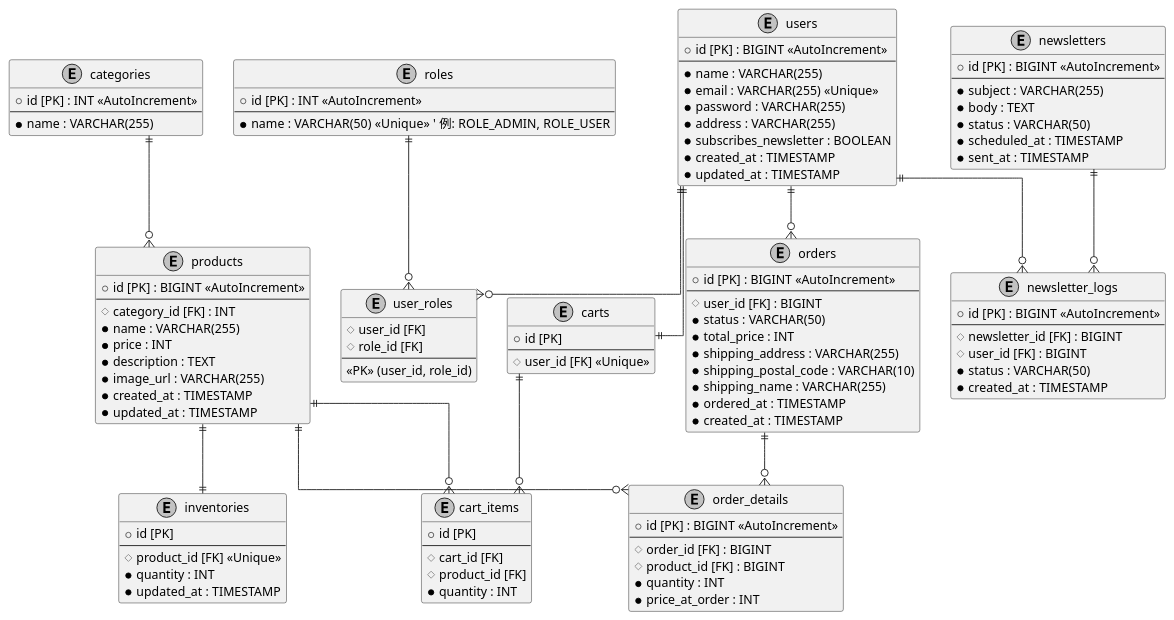
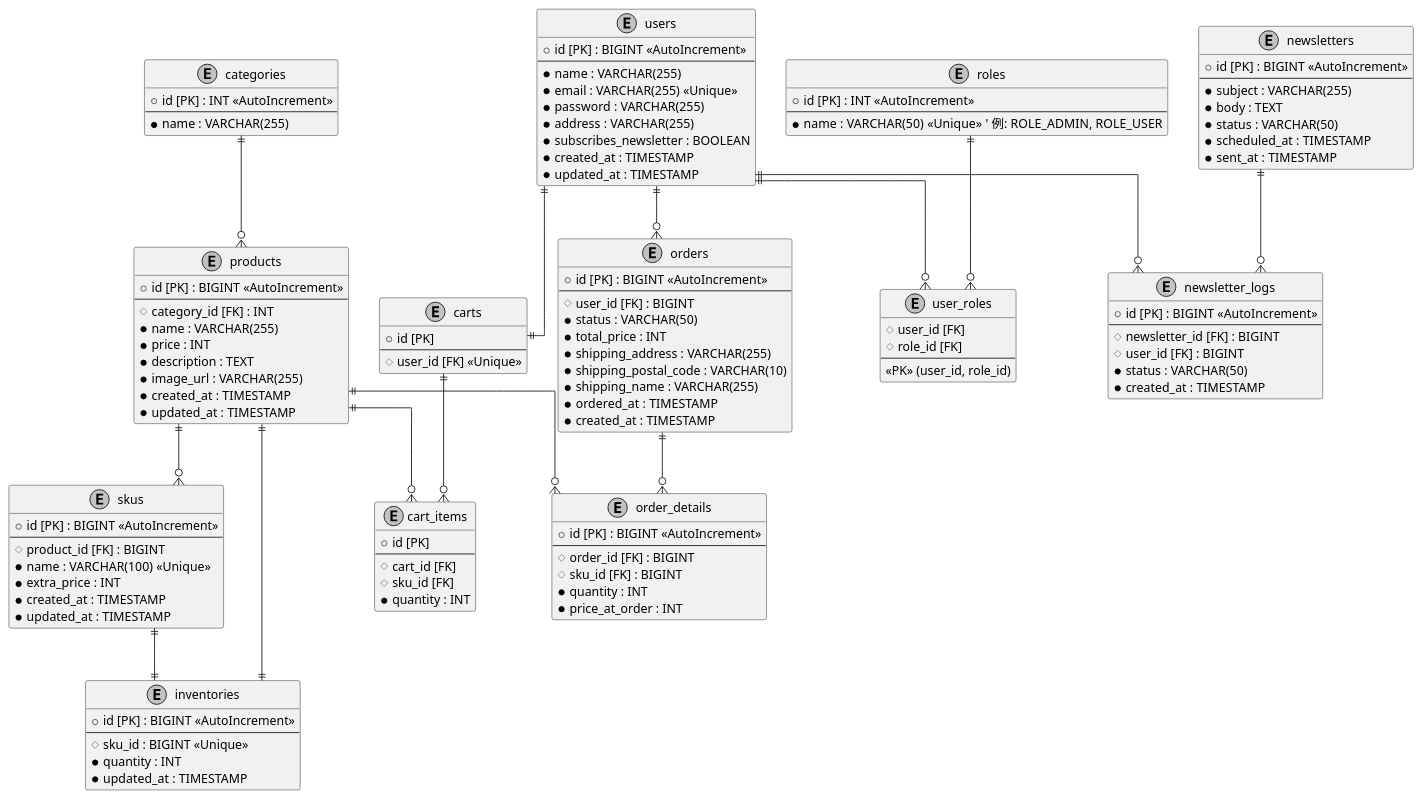
Before and after one commit to Atgsasakazh5/my-ec-site: the diagram in docs/diagrams/er_diagram.puml, drawn with PlantUML. The commit also changed 4 other files, not shown here.

```diff
--- a/docs/diagrams/er_diagram.puml
+++ b/docs/diagrams/er_diagram.puml
@@ -1,161 +1,178 @@
 @startuml EC Site ERD
 
 ' 図の見た目を整える skinparam
 skinparam linetype ortho
 skinparam monochrome true
 hide empty members
 
 ' --- エンティティ（テーブル）の定義 ---
 
 ' ユーザーテーブル
 entity "users" {
     + id [PK] : BIGINT <<AutoIncrement>>
     --
     * name : VARCHAR(255)
     * email : VARCHAR(255) <<Unique>>
     * password : VARCHAR(255)
     * address : VARCHAR(255)
     * subscribes_newsletter : BOOLEAN
     * created_at : TIMESTAMP
     * updated_at : TIMESTAMP
 }
 
 ' 商品カテゴリテーブル
 entity "categories" {
     + id [PK] : INT <<AutoIncrement>>
     --
     * name : VARCHAR(255)
 }
 
 ' 商品テーブル
 entity "products" {
     + id [PK] : BIGINT <<AutoIncrement>>
     --
     # category_id [FK] : INT
     * name : VARCHAR(255)
     * price : INT
     * description : TEXT
     * image_url : VARCHAR(255)
     * created_at : TIMESTAMP
     * updated_at : TIMESTAMP
 }
 
 ' 注文テーブル
 entity "orders" {
     + id [PK] : BIGINT <<AutoIncrement>>
     --
     # user_id [FK] : BIGINT
     * status : VARCHAR(50)
     * total_price : INT
     ' --- 配送先情報 ---
     * shipping_address : VARCHAR(255)
     * shipping_postal_code : VARCHAR(10)
     * shipping_name : VARCHAR(255)
     ' ---
     * ordered_at : TIMESTAMP
     * created_at : TIMESTAMP
 }
 
 ' 注文明細テーブル（中間テーブル）
 entity "order_details" {
     + id [PK] : BIGINT <<AutoIncrement>>
     --
     # order_id [FK] : BIGINT
-    # product_id [FK] : BIGINT
+    # sku_id [FK] : BIGINT
     * quantity : INT
     * price_at_order : INT
 }
 
+' SKUテーブル（商品に対するSKU情報）
+entity "skus" {
+    + id [PK] : BIGINT <<AutoIncrement>>
+    --
+    # product_id [FK] : BIGINT
+    * name : VARCHAR(100) <<Unique>>
+    * extra_price : INT
+    * created_at : TIMESTAMP
+    * updated_at : TIMESTAMP
+}
+
 ' 在庫テーブル
 entity "inventories" {
-    + id [PK]
+    + id [PK] : BIGINT <<AutoIncrement>>
     --
-    # product_id [FK] <<Unique>>
+    # sku_id : BIGINT <<Unique>>
     * quantity : INT
     * updated_at : TIMESTAMP
 }
 
 ' カートテーブル
 entity "carts" {
     + id [PK]
     --
     # user_id [FK] <<Unique>>
 }
 
 ' カート内商品テーブル
 entity "cart_items" {
     + id [PK]
     --
     # cart_id [FK]
-    # product_id [FK]
+    # sku_id [FK]
     * quantity : INT
 }
 
 ' ロールマスタテーブル
 entity "roles" {
     + id [PK] : INT <<AutoIncrement>>
     --
     * name : VARCHAR(50) <<Unique>>  ' 例: ROLE_ADMIN, ROLE_USER
 }
 
 ' ユーザーとロールの中間テーブル
 entity "user_roles" {
     # user_id [FK]
     # role_id [FK]
     --
     <<PK>> (user_id, role_id)
 }
 
 ' メールマガジン管理テーブル
 entity "newsletters" {
     + id [PK] : BIGINT <<AutoIncrement>>
     --
     * subject : VARCHAR(255)
     * body : TEXT
     * status : VARCHAR(50)
     * scheduled_at : TIMESTAMP
     * sent_at : TIMESTAMP
 }
 
 ' メールマガジン配信ログテーブル
 entity "newsletter_logs" {
     + id [PK] : BIGINT <<AutoIncrement>>
     --
     # newsletter_id [FK] : BIGINT
     # user_id [FK] : BIGINT
     * status : VARCHAR(50)
     * created_at : TIMESTAMP
 }
 
 
-' --- リレーションシップ（関係）の定義 ---
+' --- リレーションシップの定義 ---
 
-' ユーザーと注文 (1対多)
+' ユーザーと注文 1対多
 users ||--o{orders
 
-' カテゴリと商品 (1対多)
+' カテゴリと商品 1対多
 categories ||--o{products
 
-' 注文と注文明細 (1対多)
+' 注文と注文明細 1対多
 orders ||--o{order_details
 
-' 商品と注文明細 (1対多)
+' 商品と注文明細 1対多
 products ||--o{order_details
 
 ' 商品と在庫は1対1
 products ||--|| inventories
+
+' 商品とSKUは1対多
+products ||--o{skus
+
+' SKUと在庫は1対1
+skus ||--|| inventories
 
 ' カート機能のリレーション
 users ||--|| carts
 carts ||--o{cart_items
 products ||--o{cart_items
 
 'ユーザーロールのリレーション
 users ||--o{user_roles
 roles ||--o{user_roles
 
 ' メールマガジンのリレーション
 newsletters ||--o{newsletter_logs
 users ||--o{newsletter_logs
 
 @enduml
```
